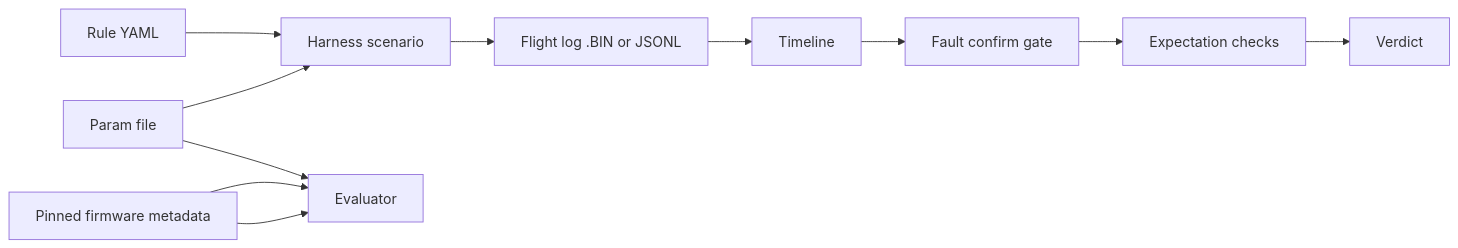
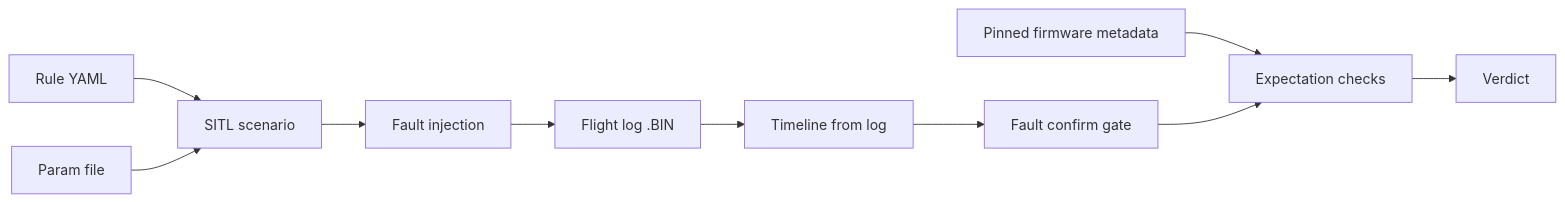
The diagram in docs/DESIGN.md (Fratres-X-AI/DeadStick), drawn with Mermaid before and after one commit. The commit also changed other lines of this file and 4 other files, not shown here.

Commit message:
Add example report and architecture diagram

````diff
--- a/docs/DESIGN.md
+++ b/docs/DESIGN.md
@@ -65,13 +65,23 @@
 ```mermaid
 flowchart LR
-  R[Rule YAML] --> H[Harness scenario]
-  P[Param file] --> H
-  M[Pinned firmware metadata] --> E[Evaluator]
-  H --> L[Flight log .BIN or JSONL]
-  L --> T[Timeline]
-  T --> G[Fault confirm gate]
-  G --> C[Expectation checks]
-  C --> V[Verdict]
-  M --> E
-  P --> E
+  R[Rule YAML]
+  P[Param file]
+  M[Pinned firmware metadata]
+  S[SITL scenario]
+  F[Fault injection]
+  L[Flight log .BIN]
+  T[Timeline from log]
+  G[Fault confirm gate]
+  C[Expectation checks]
+  V[Verdict]
+
+  R --> S
+  P --> S
+  M --> C
+  S --> F
+  F --> L
+  L --> T
+  T --> G
+  G --> C
+  C --> V
 ```
````
